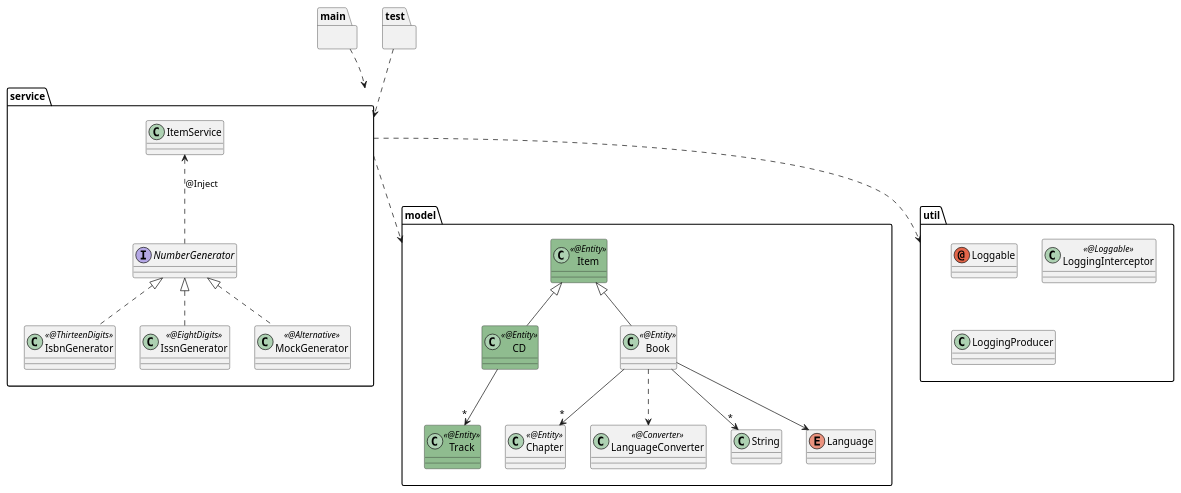
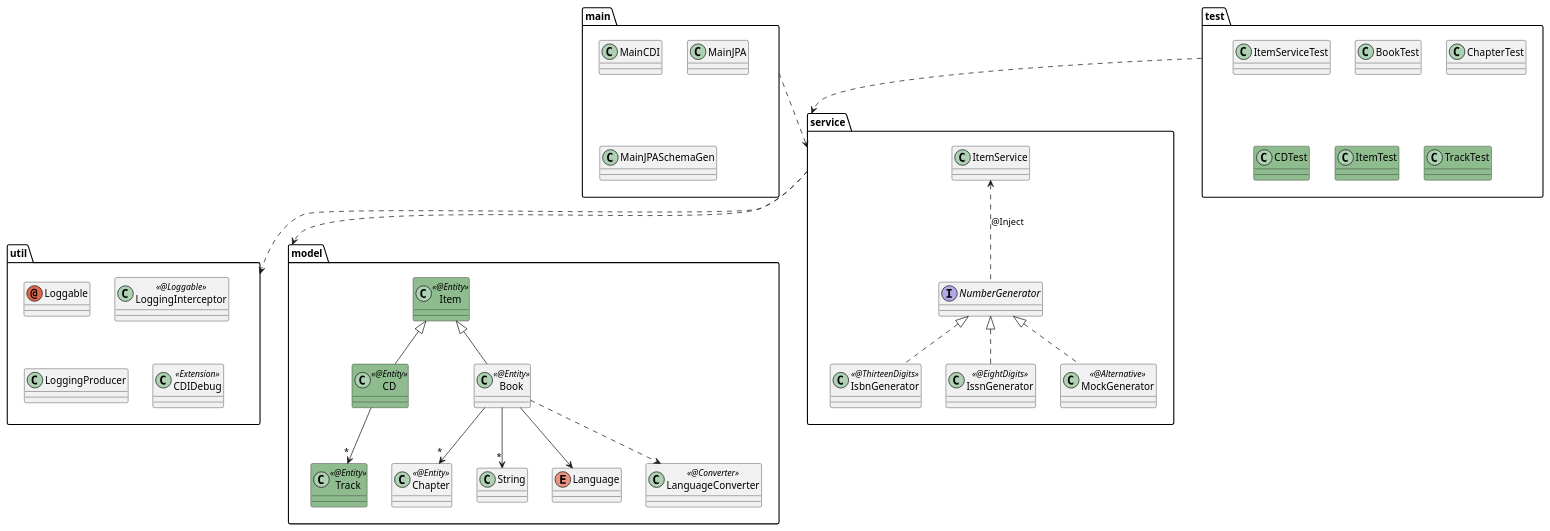
The diagram in 05-JPA/demo05.puml (agoncal/agoncal-training-javaee7), drawn with PlantUML before and after one commit. The commit also changed 16 other files, not shown here.

Commit message:
Updading UML schemas

```diff
--- a/05-JPA/demo05.puml
+++ b/05-JPA/demo05.puml
@@ -1,51 +1,61 @@
 @startuml
 
 package "main" {
+    class MainCDI
+    class MainJPA
+    class MainJPASchemaGen
 }
 package "test" {
+    class ItemServiceTest
+    class BookTest
+    class ChapterTest
+    class CDTest #8FBC8F
+    class ItemTest #8FBC8F
+    class TrackTest #8FBC8F
 }
 
 package "service" {
     interface NumberGenerator
     class IsbnGenerator << @ThirteenDigits >>
     class IssnGenerator << @EightDigits >>
     class MockGenerator << @Alternative >>
     class ItemService
 
     ItemService <.. NumberGenerator : @Inject
     NumberGenerator <|.. IsbnGenerator
     NumberGenerator <|.. IssnGenerator
     NumberGenerator <|.. MockGenerator
 }
 
 package "model" {
     class Item << @Entity >> #8FBC8F
     class CD << @Entity >> #8FBC8F
     class Track << @Entity >> #8FBC8F
     class Chapter << @Entity >>
-    class LanguageConverter << @Converter >>
     class Book << @Entity >>
     class String
     enum Language
+    class LanguageConverter << @Converter >>
 
     Item <|-- CD
     Item <|-- Book
     CD --> "*" Track
     Book --> "*" String
     Book --> "*" Chapter
     Book --> Language
     Book ..> LanguageConverter
 }
 
 package "util" {
     annotation Loggable
     class LoggingInterceptor << @Loggable >>
     class LoggingProducer
+    class CDIDebug << Extension >>
 }
 
 main ..> service
 test ..> service
 service ..> model
 service ..> util
 
 @enduml
```
